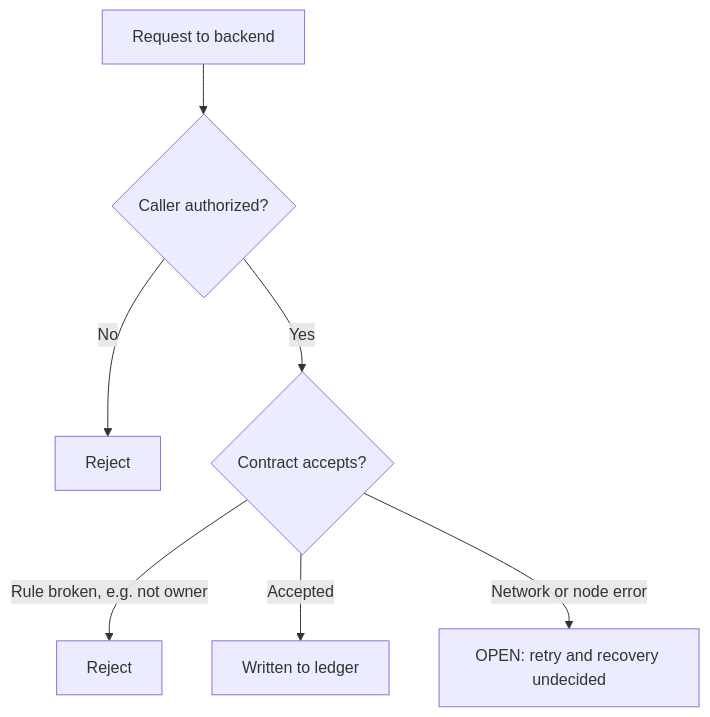
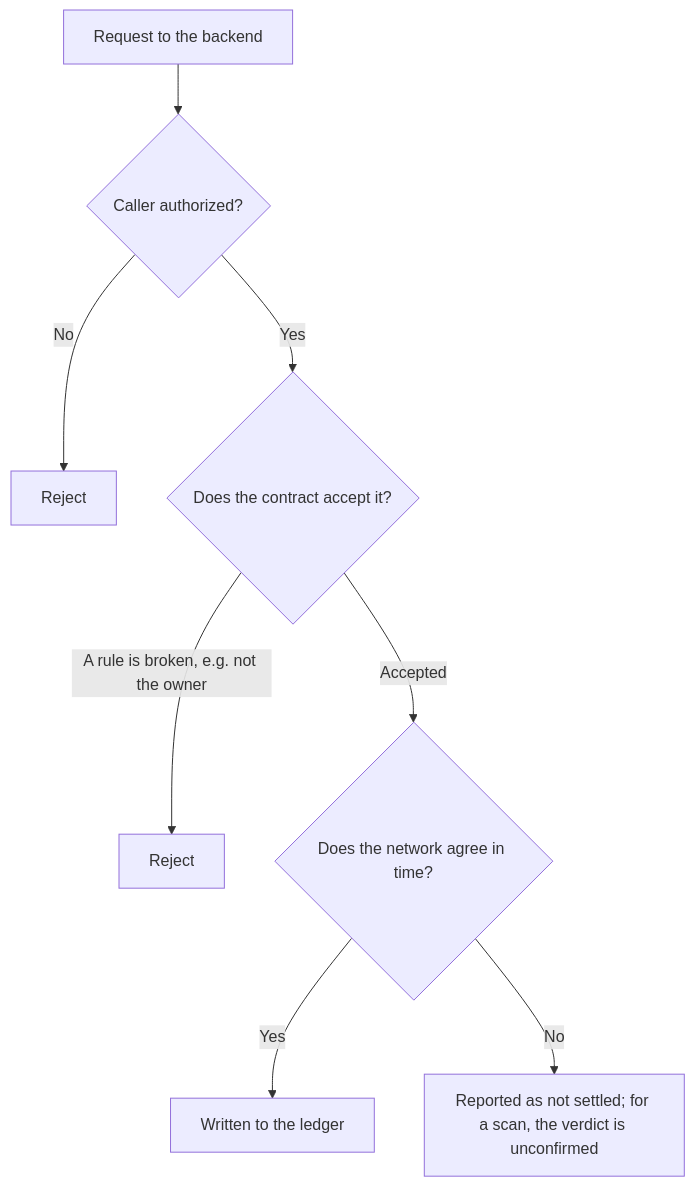
The fourth of 5 diagrams in PROJECT_DESIGN_EXPLAINED.md (riteshpandey2024-cyber/BlockChainAuth), drawn with Mermaid before and after one commit. The commit also changed other lines of this file and 4 other files, not shown here.

````diff
--- a/PROJECT_DESIGN_EXPLAINED.md
+++ b/PROJECT_DESIGN_EXPLAINED.md
@@ -500,9 +370,10 @@
 ```mermaid
 flowchart TD
-    R["Request to backend"] --> V{"Caller authorized?"}
+    R["Request to the backend"] --> V{"Caller authorized?"}
     V -- "No" --> E1["Reject"]
-    V -- "Yes" --> T{"Contract accepts?"}
-    T -- "Rule broken, e.g. not owner" --> E2["Reject"]
-    T -- "Accepted" --> OK["Written to ledger"]
-    T -- "Network or node error" --> Q["OPEN: retry and recovery undecided"]
+    V -- "Yes" --> T{"Does the contract accept it?"}
+    T -- "A rule is broken, e.g. not the owner" --> E2["Reject"]
+    T -- "Accepted" --> W{"Does the network agree in time?"}
+    W -- "Yes" --> OK["Written to the ledger"]
+    W -- "No" --> Q["Reported as not settled; for a scan, the verdict is unconfirmed"]
 ```
````
